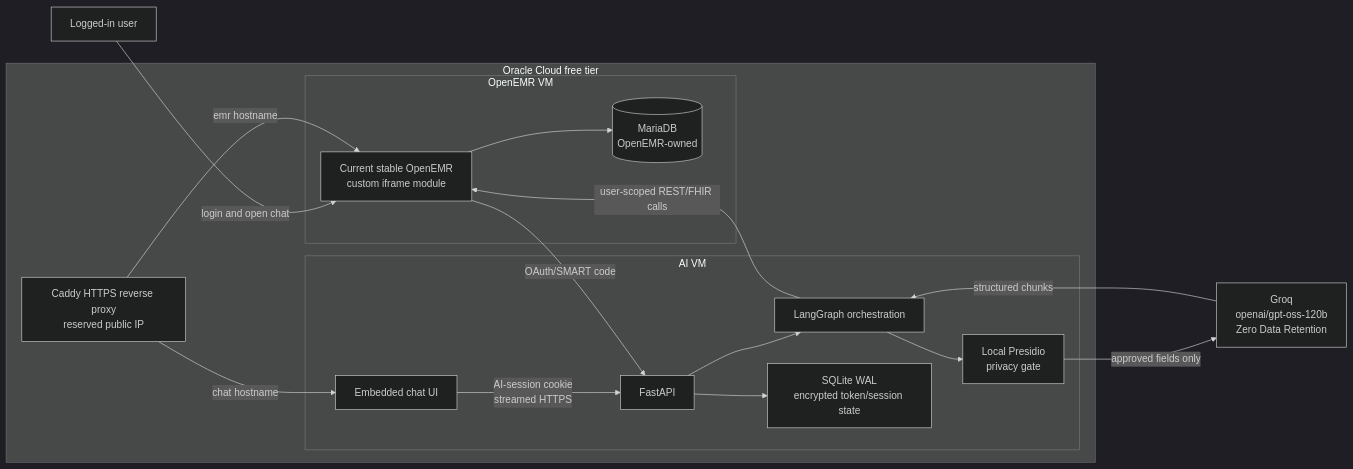
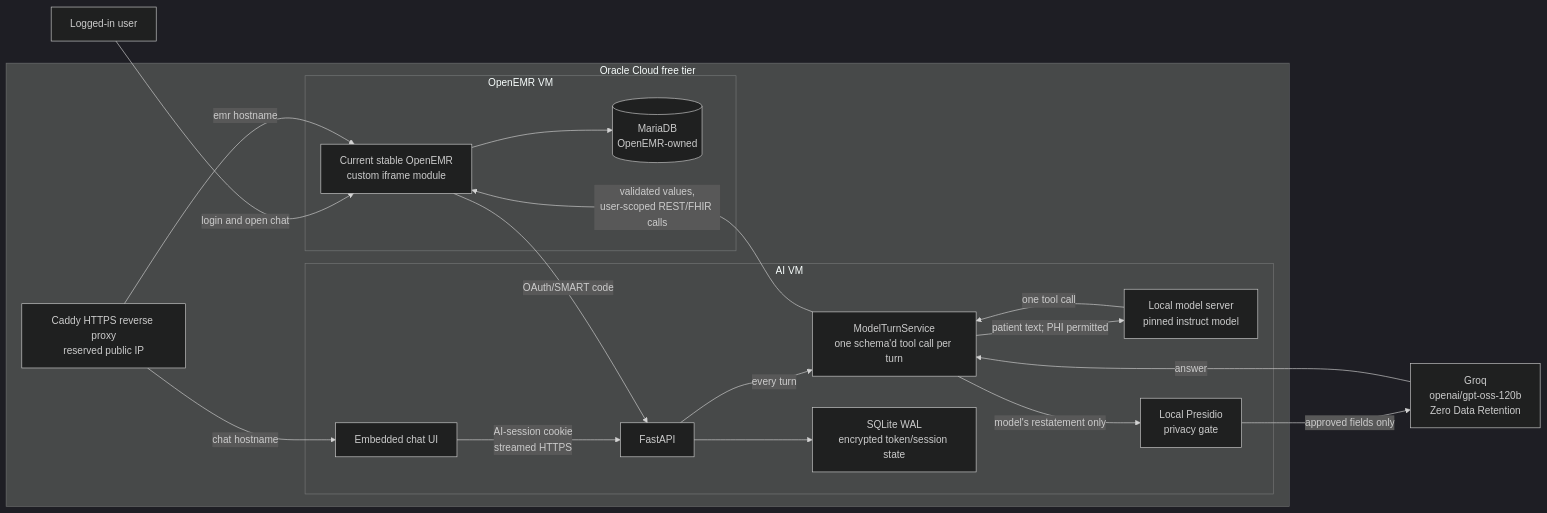
The first of 3 diagrams in ARCHITECTURE.md (codeoritdidnthappen/aea-investors), drawn with Mermaid (dark theme) before and after one commit. The commit also changed other lines of this file and 24 other files, not shown here.

```diff
--- a/ARCHITECTURE.md
+++ b/ARCHITECTURE.md
@@ -17,36 +17,39 @@
 ~~~mermaid
 flowchart LR
     U["Logged-in user"]
 
     subgraph OCI["Oracle Cloud free tier"]
         RP["Caddy HTTPS reverse proxy<br/>reserved public IP"]
 
         subgraph EMR["OpenEMR VM"]
             OE["Current stable OpenEMR<br/>custom iframe module"]
             DB[("MariaDB<br/>OpenEMR-owned")]
         end
 
         subgraph AIS["AI VM"]
             UI["Embedded chat UI"]
             API["FastAPI"]
-            LG["LangGraph orchestration"]
+            MT["ModelTurnService<br/>one schema'd tool call per turn"]
+            LM["Local model server<br/>pinned instruct model"]
             PG["Local Presidio<br/>privacy gate"]
             TS["SQLite WAL<br/>encrypted token/session state"]
         end
     end
 
     LLM["Groq<br/>openai/gpt-oss-120b<br/>Zero Data Retention"]
 
     U -->|"login and open chat"| OE
     RP -->|"emr hostname"| OE
     RP -->|"chat hostname"| UI
     OE --> DB
     OE -->|"OAuth/SMART code"| API
     UI -->|"AI-session cookie<br/>streamed HTTPS"| API
-    API --> LG
-    LG -->|"user-scoped REST/FHIR calls"| OE
+    API -->|"every turn"| MT
+    MT -->|"patient text; PHI permitted"| LM
+    LM -->|"one tool call"| MT
+    MT -->|"validated values,<br/>user-scoped REST/FHIR calls"| OE
     API --> TS
-    LG --> PG
+    MT -->|"model's restatement only"| PG
     PG -->|"approved fields only"| LLM
-    LLM -->|"structured chunks"| LG
+    LLM -->|"answer"| MT
 ~~~
```
